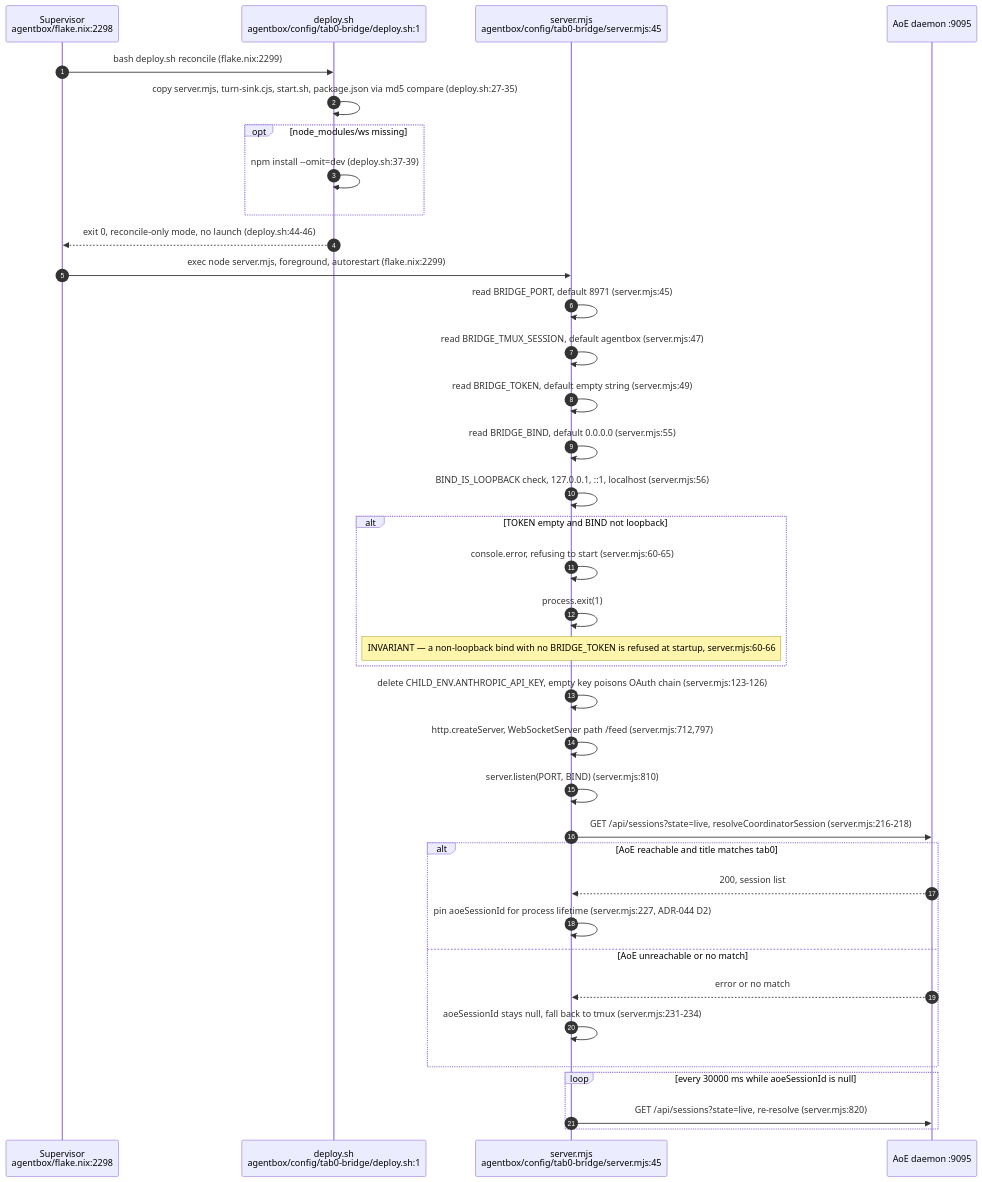
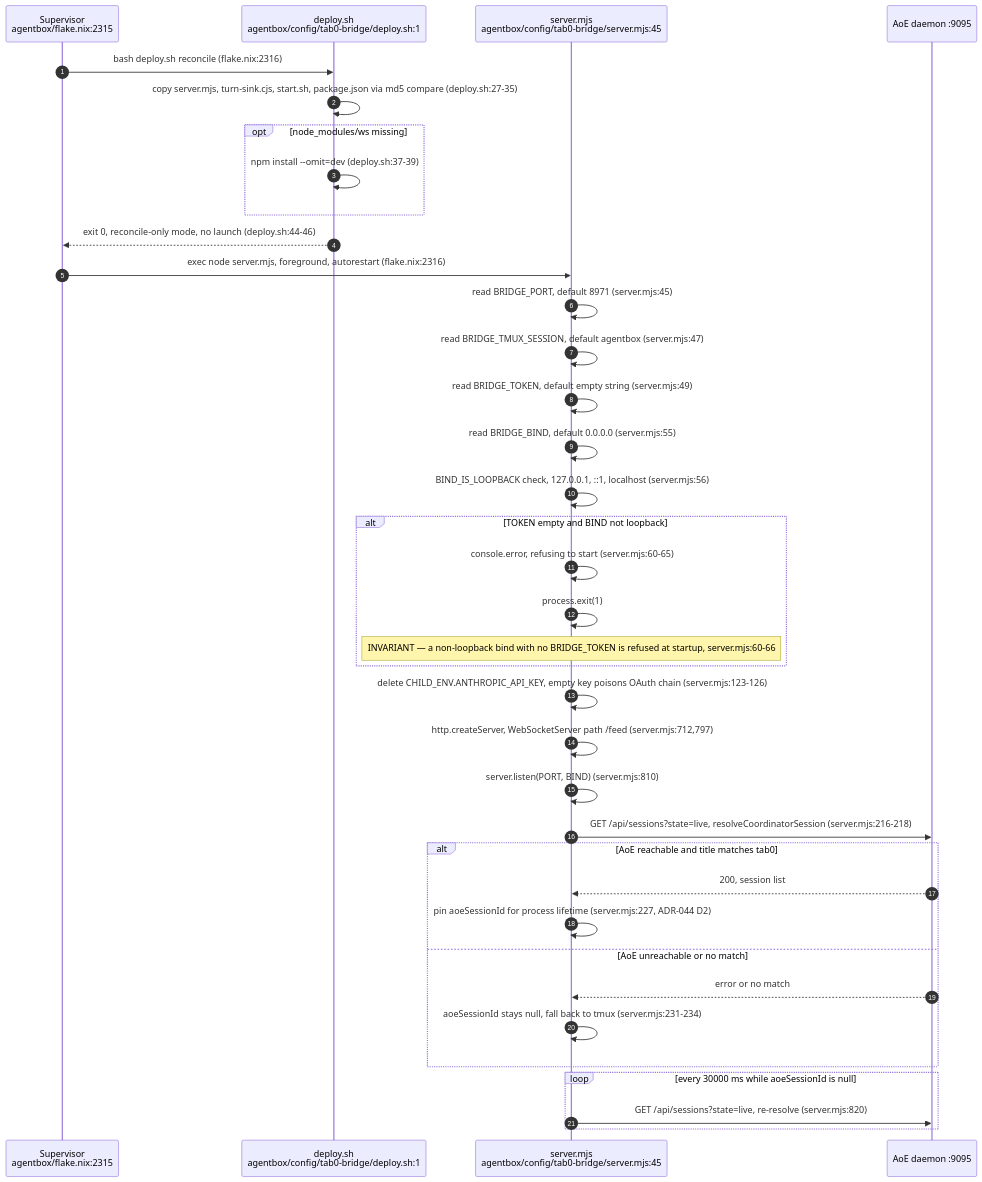
The second of 14 diagrams in docs/diagrams/agentbox/12-tab0-bridge-and-interaction-plane.md (DreamLab-AI/AR-AI-Knowledge-Graph), drawn with Mermaid before and after one commit. The commit also changed other lines of this file and 73 other files, not shown here.

First line of the commit message:
docs(diagrams): re-verify all 71 topic files against HEAD; add --cite-check

````diff
--- a/docs/diagrams/agentbox/12-tab0-bridge-and-interaction-plane.md
+++ b/docs/diagrams/agentbox/12-tab0-bridge-and-interaction-plane.md
@@ -73,40 +73,40 @@
 ```mermaid
 sequenceDiagram
     autonumber
-    participant Sup as Supervisor<br/>agentbox/flake.nix:2298
+    participant Sup as Supervisor<br/>agentbox/flake.nix:2315
     participant Dep as deploy.sh<br/>agentbox/config/tab0-bridge/deploy.sh:1
     participant Node as server.mjs<br/>agentbox/config/tab0-bridge/server.mjs:45
     participant AoEd as AoE daemon :9095
 
-    Sup->>Dep: bash deploy.sh reconcile (flake.nix:2299)
+    Sup->>Dep: bash deploy.sh reconcile (flake.nix:2316)
     Dep->>Dep: copy server.mjs, turn-sink.cjs, start.sh, package.json via md5 compare (deploy.sh:27-35)
     opt node_modules/ws missing
         Dep->>Dep: npm install --omit=dev (deploy.sh:37-39)
     end
     Dep-->>Sup: exit 0, reconcile-only mode, no launch (deploy.sh:44-46)
-    Sup->>Node: exec node server.mjs, foreground, autorestart (flake.nix:2299)
+    Sup->>Node: exec node server.mjs, foreground, autorestart (flake.nix:2316)
     Node->>Node: read BRIDGE_PORT, default 8971 (server.mjs:45)
     Node->>Node: read BRIDGE_TMUX_SESSION, default agentbox (server.mjs:47)
     Node->>Node: read BRIDGE_TOKEN, default empty string (server.mjs:49)
     Node->>Node: read BRIDGE_BIND, default 0.0.0.0 (server.mjs:55)
     Node->>Node: BIND_IS_LOOPBACK check, 127.0.0.1, ::1, localhost (server.mjs:56)
     alt TOKEN empty and BIND not loopback
         Node->>Node: console.error, refusing to start (server.mjs:60-65)
         Node->>Node: process.exit(1)
         Note over Node: INVARIANT — a non-loopback bind with no BRIDGE_TOKEN is refused at startup, server.mjs:60-66
     end
     Node->>Node: delete CHILD_ENV.ANTHROPIC_API_KEY, empty key poisons OAuth chain (server.mjs:123-126)
     Node->>Node: http.createServer, WebSocketServer path /feed (server.mjs:712,797)
     Node->>Node: server.listen(PORT, BIND) (server.mjs:810)
     Node->>AoEd: GET /api/sessions?state=live, resolveCoordinatorSession (server.mjs:216-218)
     alt AoE reachable and title matches tab0
         AoEd-->>Node: 200, session list
         Node->>Node: pin aoeSessionId for process lifetime (server.mjs:227, ADR-044 D2)
     else AoE unreachable or no match
         AoEd-->>Node: error or no match
         Node->>Node: aoeSessionId stays null, fall back to tmux (server.mjs:231-234)
     end
     loop every 30000 ms while aoeSessionId is null
         Node->>AoEd: GET /api/sessions?state=live, re-resolve (server.mjs:820)
     end
 ```
````
